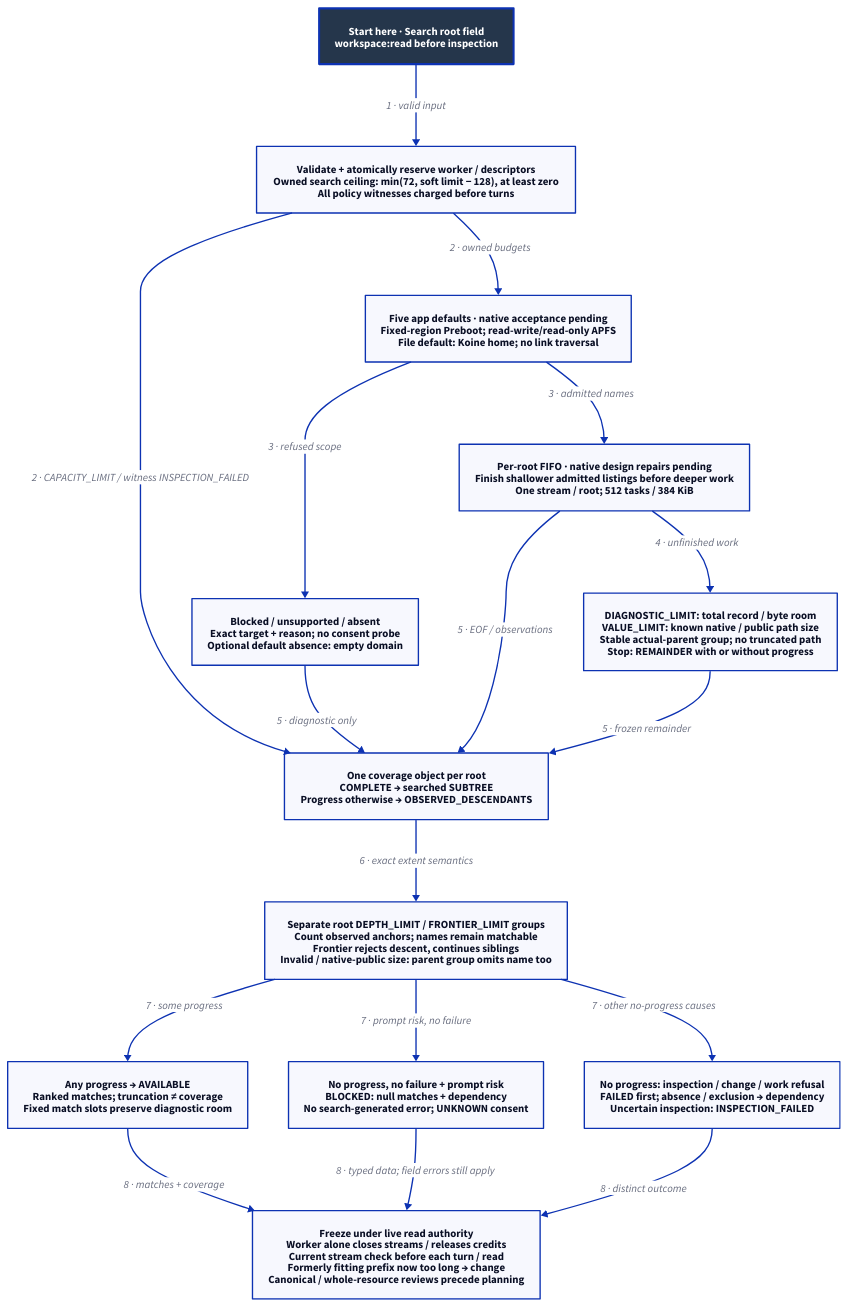
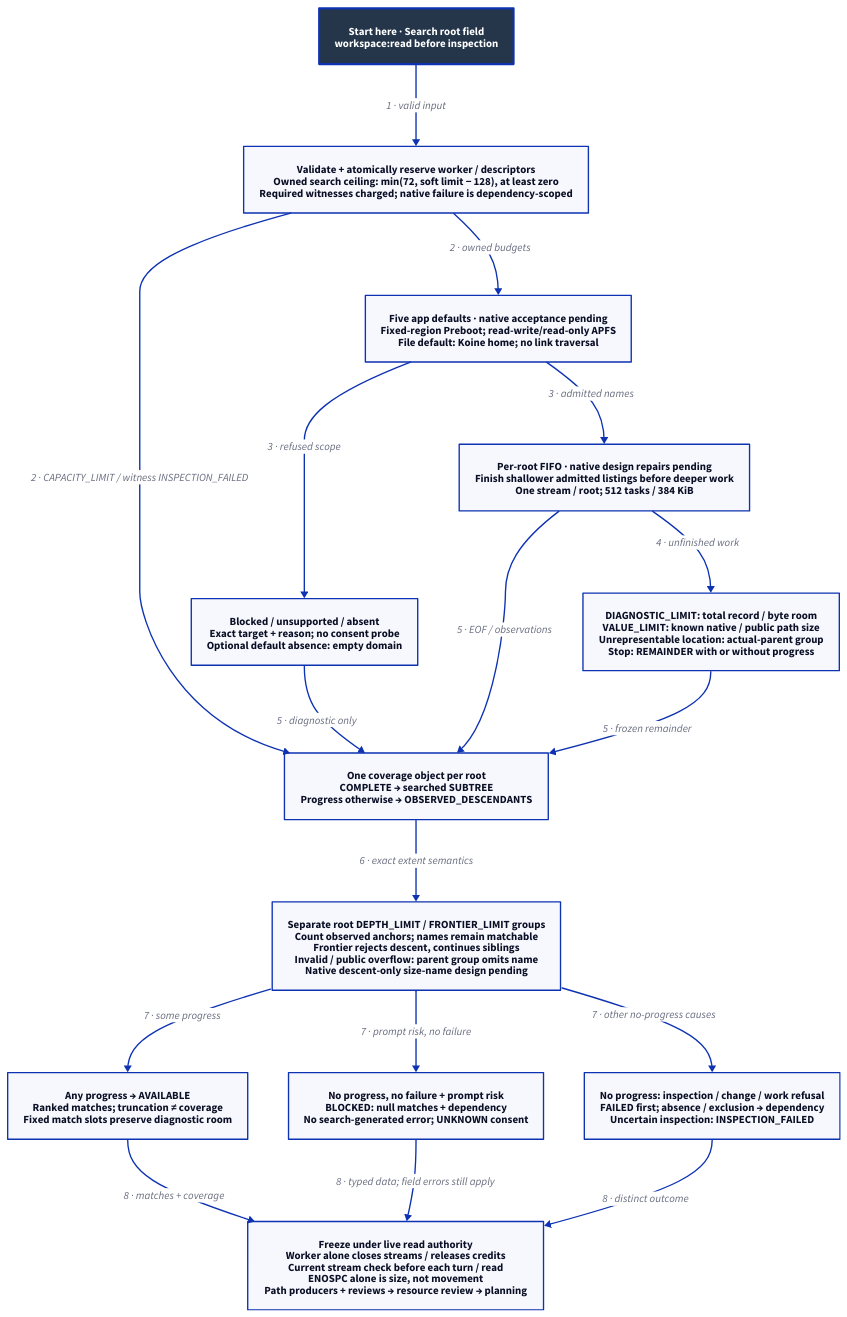
One commit to Linkuistics/Koine changed the diagram in docs/design/architecture/search-coverage.d2. Above: the diagram before and after it, drawn with D2. The commit also changed 31 other files, not shown here.

First line of the commit message:
search-canonical-paths-k121: integrate canonical-path review

```diff
--- a/docs/design/architecture/search-coverage.d2
+++ b/docs/design/architecture/search-coverage.d2
@@ -1,33 +1,33 @@
 # Designed flow; arrows show order/guards, not checked temporal guarantees.
 direction: down
 classes: {
   start: {style: {fill: "#25364B"; font-color: "#FFFFFF"; bold: true; stroke-width: 3}}
 }
 Start: "Start here · Search root field\nworkspace:read before inspection" {class: start}
-Reserve: "Validate + atomically reserve worker / descriptors\nOwned search ceiling: min(72, soft limit − 128), at least zero\nAll policy witnesses charged before turns"
+Reserve: "Validate + atomically reserve worker / descriptors\nOwned search ceiling: min(72, soft limit − 128), at least zero\nRequired witnesses charged; native failure is dependency-scoped"
 Admission: "Five app defaults · native acceptance pending\nFixed-region Preboot; read-write/read-only APFS\nFile default: Koine home; no link traversal"
 Skip: "Blocked / unsupported / absent\nExact target + reason; no consent probe\nOptional default absence: empty domain"
 Scan: "Per-root FIFO · native design repairs pending\nFinish shallower admitted listings before deeper work\nOne stream / root; 512 tasks / 384 KiB"
-Bounds: "DIAGNOSTIC_LIMIT: total record / byte room\nVALUE_LIMIT: known native / public path size\nStable actual-parent group; no truncated path\nStop: REMAINDER with or without progress"
+Bounds: "DIAGNOSTIC_LIMIT: total record / byte room\nVALUE_LIMIT: known native / public path size\nUnrepresentable location: actual-parent group\nStop: REMAINDER with or without progress"
 Coverage: "One coverage object per root\nCOMPLETE → searched SUBTREE\nProgress otherwise → OBSERVED_DESCENDANTS"
-Groups: "Separate root DEPTH_LIMIT / FRONTIER_LIMIT groups\nCount observed anchors; names remain matchable\nFrontier rejects descent, continues siblings\nInvalid / native-public size: parent group omits name too"
+Groups: "Separate root DEPTH_LIMIT / FRONTIER_LIMIT groups\nCount observed anchors; names remain matchable\nFrontier rejects descent, continues siblings\nInvalid / public overflow: parent group omits name\nNative descent-only size-name design pending"
 Available: "Any progress → AVAILABLE\nRanked matches; truncation ≠ coverage\nFixed match slots preserve diagnostic room"
 Blocked: "No progress, no failure + prompt risk\nBLOCKED: null matches + dependency\nNo search-generated error; UNKNOWN consent"
 Other: "No progress: inspection / change / work refusal\nFAILED first; absence / exclusion → dependency\nUncertain inspection: INSPECTION_FAILED"
-Publish: "Freeze under live read authority\nWorker alone closes streams / releases credits\nCurrent stream check before each turn / read\nFormerly fitting prefix now too long → change\nCanonical / whole-resource reviews precede planning"
+Publish: "Freeze under live read authority\nWorker alone closes streams / releases credits\nCurrent stream check before each turn / read\nENOSPC alone is size, not movement\nPath producers + reviews → resource review → planning"
 Start -> Reserve: "1 · valid input"
 Reserve -> Admission: "2 · owned budgets"
 Reserve -> Coverage: "2 · CAPACITY_LIMIT / witness INSPECTION_FAILED"
 Admission -> Skip: "3 · refused scope"
 Admission -> Scan: "3 · admitted names"
 Scan -> Bounds: "4 · unfinished work"
 Skip -> Coverage: "5 · diagnostic only"
 Scan -> Coverage: "5 · EOF / observations"
 Bounds -> Coverage: "5 · frozen remainder"
 Coverage -> Groups: "6 · exact extent semantics"
 Groups -> Available: "7 · some progress"
 Groups -> Blocked: "7 · prompt risk, no failure"
 Groups -> Other: "7 · other no-progress causes"
 Available -> Publish: "8 · matches + coverage"
 Blocked -> Publish: "8 · typed data; field errors still apply"
 Other -> Publish: "8 · distinct outcome"
```
